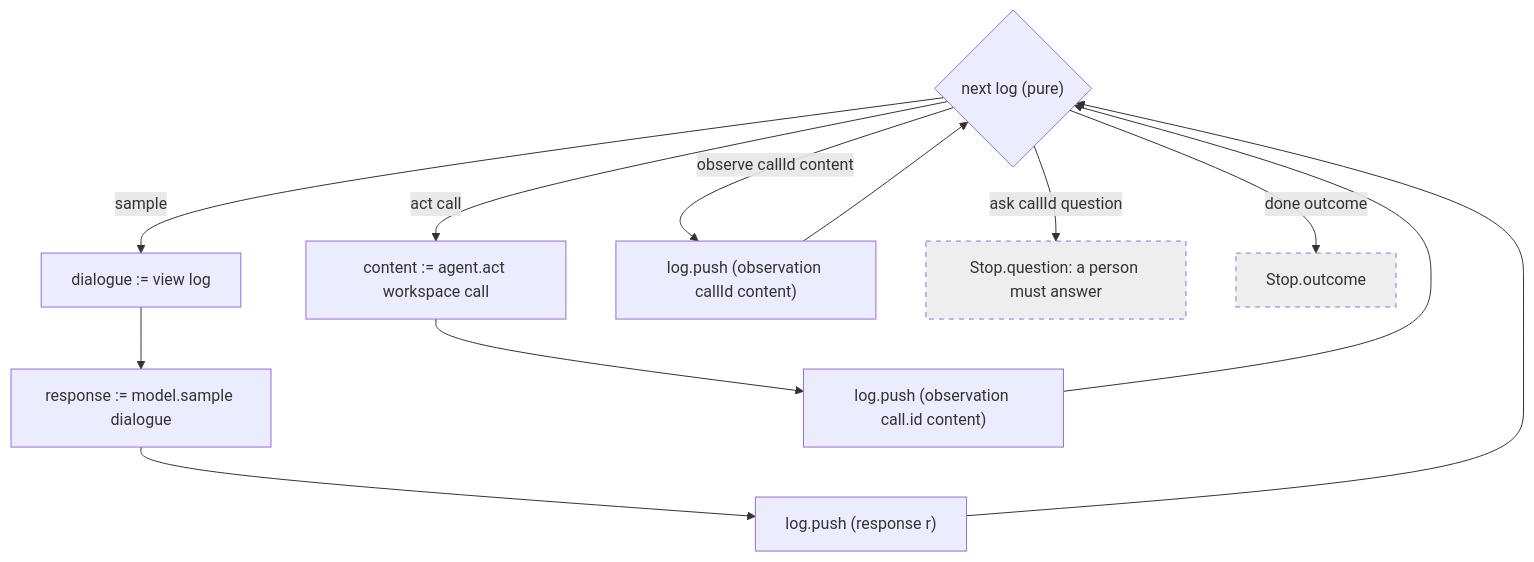
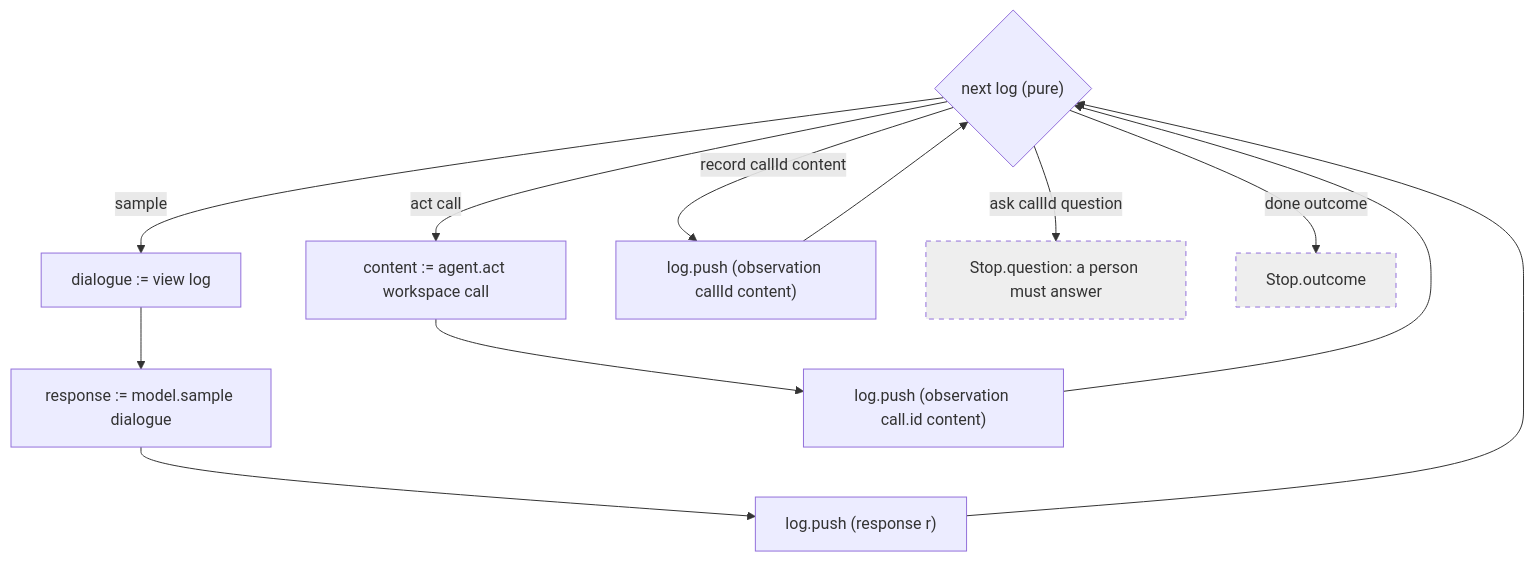
Before and after one commit to pku-xht/alaya: the third of 3 diagrams in docs/agent-api.md, drawn with Mermaid. The commit also changed other lines of this file and 19 other files, not shown here.

````diff
--- a/docs/agent-api.md
+++ b/docs/agent-api.md
@@ -182,22 +193,22 @@
 ```mermaid
 flowchart TD
   NEXT{"next log (pure)"}
 
   NEXT -->|sample| S1["dialogue := view log"]
   S1 --> S2["response := model.sample dialogue"]
   S2 --> S3["log.push (response r)"]
   S3 --> NEXT
 
   NEXT -->|"act call"| A1["content := agent.act workspace call"]
   A1 --> A2["log.push (observation call.id content)"]
   A2 --> NEXT
 
-  NEXT -->|"observe callId content"| O1["log.push (observation callId content)"]
+  NEXT -->|"record callId content"| O1["log.push (observation callId content)"]
   O1 --> NEXT
 
   NEXT -->|"ask callId question"| SU["Stop.question: a person must answer"]
   NEXT -->|"done outcome"| DO["Stop.outcome"]
 
   classDef terminal fill:#eee,stroke-dasharray: 5 5
   class SU,DO terminal
 ```
````
